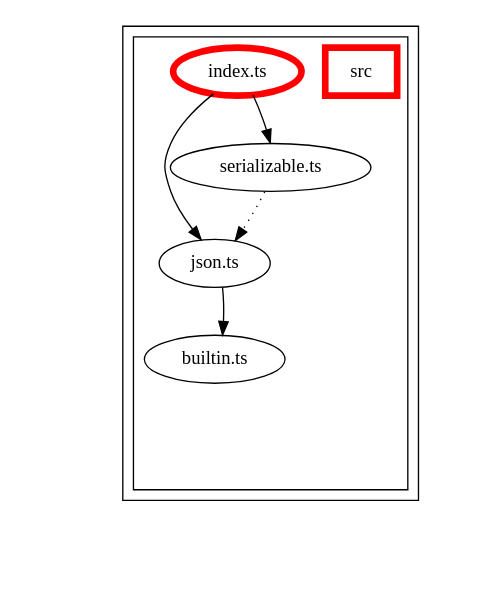
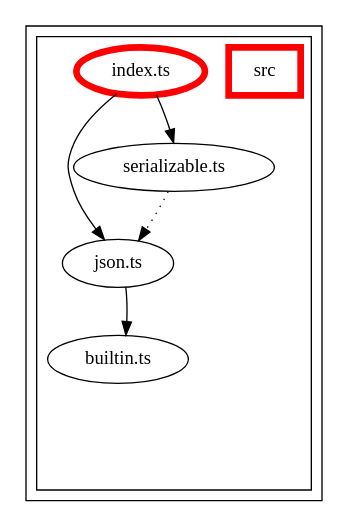
The diagram in packages/alfa-json/docs/dependency-graph.dot (Siteimprove/alfa), drawn with Graphviz before and after one commit. The commit also changed 161 other files, not shown here.

First line of the commit message:
Update packages dependency graphs (#1900)

```diff
--- a/packages/alfa-json/docs/dependency-graph.dot
+++ b/packages/alfa-json/docs/dependency-graph.dot
@@ -1,112 +1,92 @@
-digraph "dependency-graph-[object Object]" {
+digraph "dependency-graph-@siteimprove/alfa-json" {
   compound = true;
-  "dependency-graph-[object Object]" [
-    style = "invis";
-  ];
   "src/json.ts";
   "src/serializable.ts";
   "src/builtin.ts";
   subgraph "cluster_src" {
     color = "#000000";
     label = "";
-    "name_src" [
-      penwidth = 5;
-      shape = "rectangle";
-      color = "#ff0000";
-      label = "src";
-    ];
     "exit_src" [
       style = "invis";
     ];
     subgraph "cluster_src" {
       color = "#000000";
       label = "";
       "name_src" [
         penwidth = 5;
         shape = "rectangle";
         color = "#ff0000";
         label = "src";
       ];
       "exit_src" [
         style = "invis";
       ];
       "src/builtin.ts" [
         label = "builtin.ts";
       ];
+      "src/serializable.ts" [
+        label = "serializable.ts";
+      ];
       "src/index.ts" [
         label = "index.ts";
         color = "#ff0000";
         penwidth = 5;
       ];
       "src/json.ts" [
         label = "json.ts";
       ];
-      "src/serializable.ts" [
-        label = "serializable.ts";
+      "src/builtin.ts" -> "exit_src" [
+        style = "invis";
       ];
-      "src/builtin.ts" -> "exit_src" [
+      "src/serializable.ts" -> "exit_src" [
         style = "invis";
       ];
       "src/index.ts" -> "exit_src" [
         style = "invis";
       ];
       "src/json.ts" -> "exit_src" [
-        style = "invis";
-      ];
-      "src/serializable.ts" -> "exit_src" [
         style = "invis";
       ];
     }
     "exit_src" -> "exit_src" [
       style = "invis";
     ];
     "exit_src" -> "exit_src" [
       style = "invis";
     ];
     "exit_src" -> "exit_src" [
       style = "invis";
     ];
     "exit_src" -> "exit_src" [
       style = "invis";
     ];
   }
-  "exit_src" -> "dependency-graph-[object Object]" [
+  "src/serializable.ts" -> "src/json.ts" [
     style = "invis";
+  ];
+  "src/serializable.ts" -> "src/json.ts" [
+    style = "dotted";
+    color = "black";
   ];
   "src/index.ts" -> "src/json.ts" [
     style = "invis";
   ];
   "src/index.ts" -> "src/json.ts" [
     style = "solid";
-    ltail = "cluster_src/index.ts";
-    lhead = "cluster_src/json.ts";
     color = "black";
   ];
   "src/index.ts" -> "src/serializable.ts" [
     style = "invis";
   ];
   "src/index.ts" -> "src/serializable.ts" [
     style = "solid";
-    ltail = "cluster_src/index.ts";
-    lhead = "cluster_src/serializable.ts";
     color = "black";
   ];
   "src/json.ts" -> "src/builtin.ts" [
     style = "invis";
   ];
   "src/json.ts" -> "src/builtin.ts" [
     style = "solid";
-    ltail = "cluster_src/json.ts";
-    lhead = "cluster_src/builtin.ts";
-    color = "black";
-  ];
-  "src/serializable.ts" -> "src/json.ts" [
-    style = "invis";
-  ];
-  "src/serializable.ts" -> "src/json.ts" [
-    style = "dotted";
-    ltail = "cluster_src/serializable.ts";
-    lhead = "cluster_src/json.ts";
     color = "black";
   ];
 }
```
